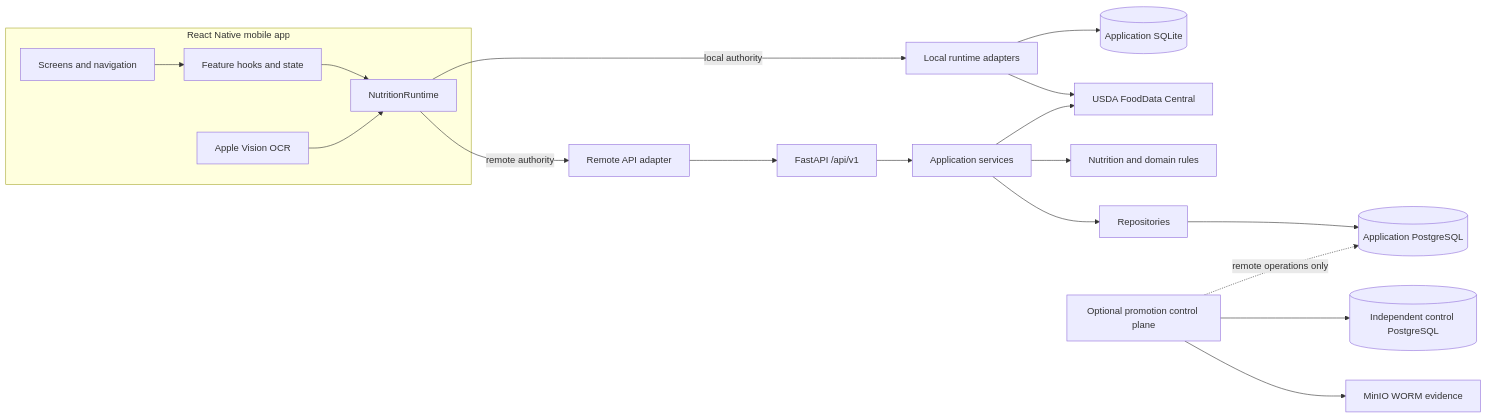
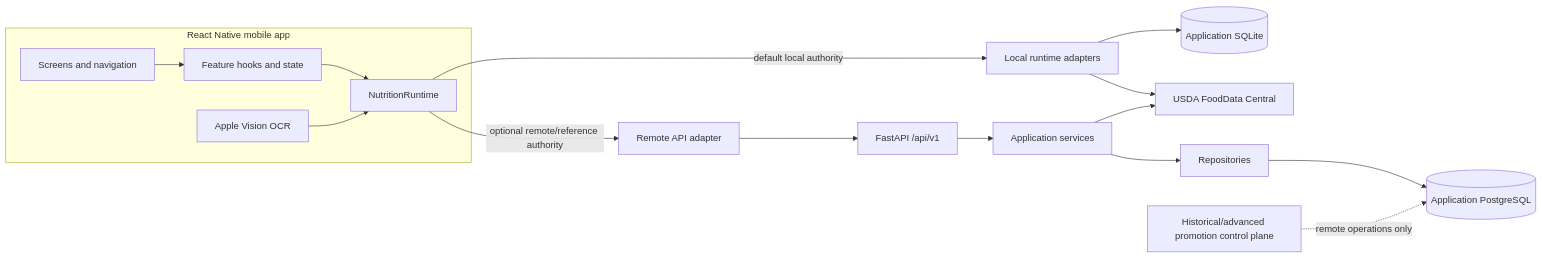
Before and after one commit to MitCaine/Nutrition-App: the second of 2 diagrams in README.md, drawn with Mermaid. The commit also changed other lines of this file, not shown here.

Commit message:
Refresh root README for current local-first app

````diff
--- a/README.md
+++ b/README.md
@@ -77,24 +62,21 @@
 ```mermaid
 flowchart LR
     subgraph Mobile["React Native mobile app"]
         Screen["Screens and navigation"] --> Hook["Feature hooks and state"]
         Hook --> Runtime["NutritionRuntime"]
         Vision["Apple Vision OCR"] --> Runtime
     end
 
-    Runtime -->|local authority| Local["Local runtime adapters"]
+    Runtime -->|default local authority| Local["Local runtime adapters"]
     Local --> LocalDB[("Application SQLite")]
     Local --> USDA["USDA FoodData Central"]
 
-    Runtime -->|remote authority| Remote["Remote API adapter"]
+    Runtime -->|optional remote/reference authority| Remote["Remote API adapter"]
     Remote --> API["FastAPI /api/v1"]
     API --> Service["Application services"]
-    Service --> Domain["Nutrition and domain rules"]
     Service --> Repository["Repositories"]
     Repository --> AppDB[("Application PostgreSQL")]
     Service --> USDA
 
-    Control["Optional promotion control plane"] -.->|remote operations only| AppDB
-    Control --> ControlDB[("Independent control PostgreSQL")]
-    Control --> WORM["MinIO WORM evidence"]
+    Control["Historical/advanced promotion control plane"] -.->|remote operations only| AppDB
 ```
````
